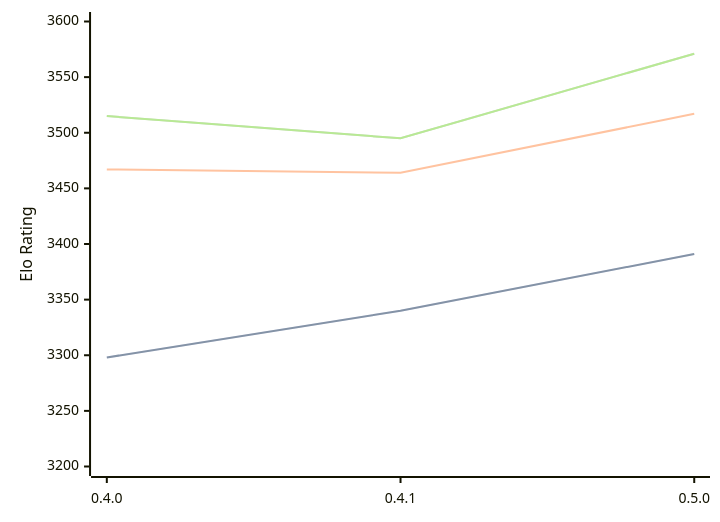
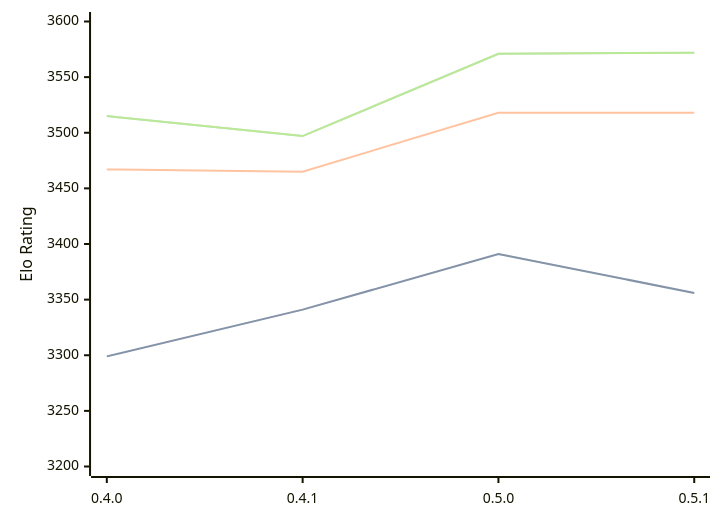
One commit to computer-chess-index/cci changed the first of 3 diagrams in engines/Cinder.md. Above: the diagram before and after it, drawn with Mermaid. The commit also changed other lines of this file, not shown here.

Commit message:
Update CCI Ratings (ELO VLTC) - 2026-07-12

````diff
--- a/engines/Cinder.md
+++ b/engines/Cinder.md
@@ -42,11 +42,11 @@
 ```mermaid
 %%{init: {"theme":"base","themeVariables":{"seriesColors:['#a3a3a3','#222221','#faa371']}}}%%
 xychart-beta
-  x-axis ["0.4.0", "0.4.1", "0.5.0"]
+  x-axis ["0.4.0", "0.4.1", "0.5.0", "0.5.1"]
   y-axis "Elo Rating" 3200 --> 3600
-  line "STC (8.0+0.08s)" [3298, 3340, 3391]
-  line "STC (8.0+0.08s)" [3298, 3340, 3391]
-  line "LTC (60.0+0.60s)" [3467, 3464, 3517]
-  line "VLTC (2m24s+1.12s)" [3515, 3495, 3571]
-  line "VLTC (2m24s+1.12s)" [3515, 3495, 3571]
+  line "STC (8.0+0.08s)" [3299, 3341, 3391, 3356]
+  line "STC (8.0+0.08s)" [3299, 3341, 3391, 3356]
+  line "LTC (60.0+0.60s)" [3467, 3465, 3518, 3518]
+  line "VLTC (2m24s+1.12s)" [3515, 3497, 3571, 3572]
+  line "VLTC (2m24s+1.12s)" [3515, 3497, 3571, 3572]
 ```
````
